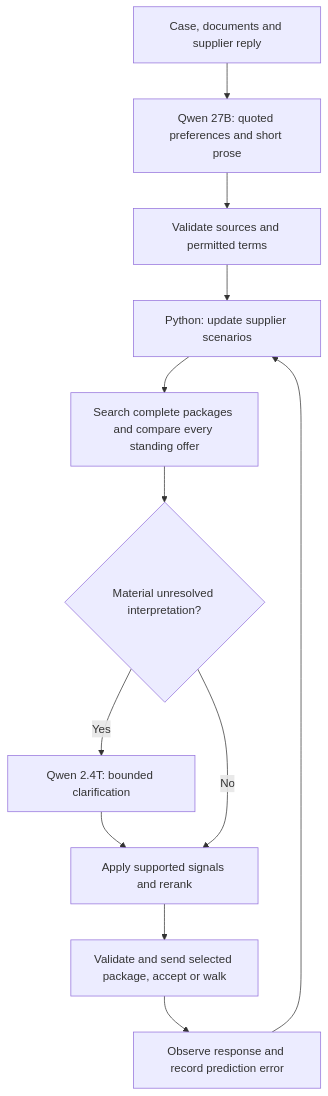
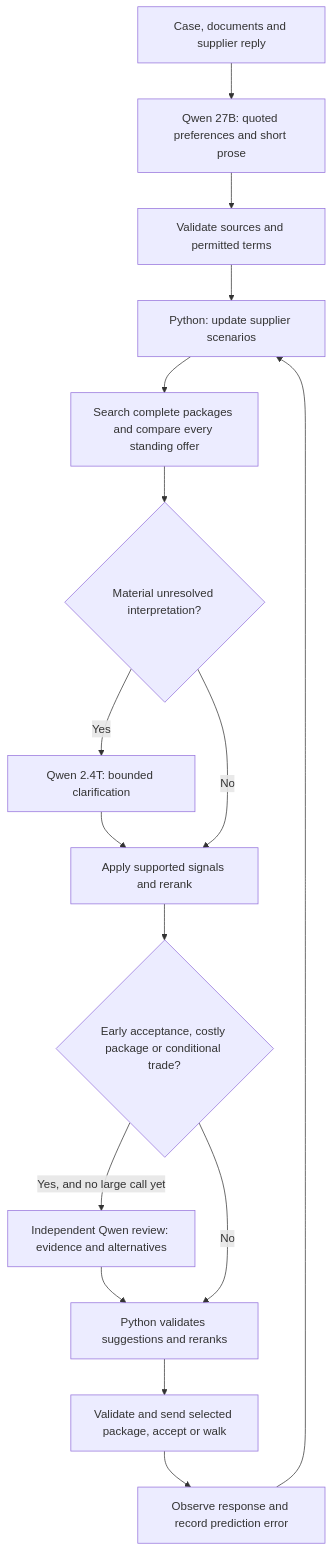
Before and after one commit to european-hackathon-league/submission-3f76c079-ac34-492c-ae1d-eada3ff92c55-1413167341: the diagram in docs/ANALYTICAL.md, drawn with Mermaid. The commit also changed other lines of this file and 15 other files, not shown here.

````diff
--- a/docs/ANALYTICAL.md
+++ b/docs/ANALYTICAL.md
@@ -27,14 +27,18 @@
 ```mermaid
 flowchart TD
     A[Case, documents and supplier reply] --> B[Qwen 27B: quoted preferences and short prose]
     B --> C[Validate sources and permitted terms]
     C --> D[Python: update supplier scenarios]
     D --> E[Search complete packages and compare every standing offer]
     E --> F{Material unresolved interpretation?}
     F -->|Yes| G[Qwen 2.4T: bounded clarification]
     G --> H[Apply supported signals and rerank]
     F -->|No| H
-    H --> I[Validate and send selected package, accept or walk]
+    H --> K{Early acceptance, costly package or conditional trade?}
+    K -->|Yes, and no large call yet| L[Independent Qwen review: evidence and alternatives]
+    L --> M[Python validates suggestions and reranks]
+    K -->|No| M
+    M --> I[Validate and send selected package, accept or walk]
     I --> J[Observe response and record prediction error]
     J --> D
 ```
````
